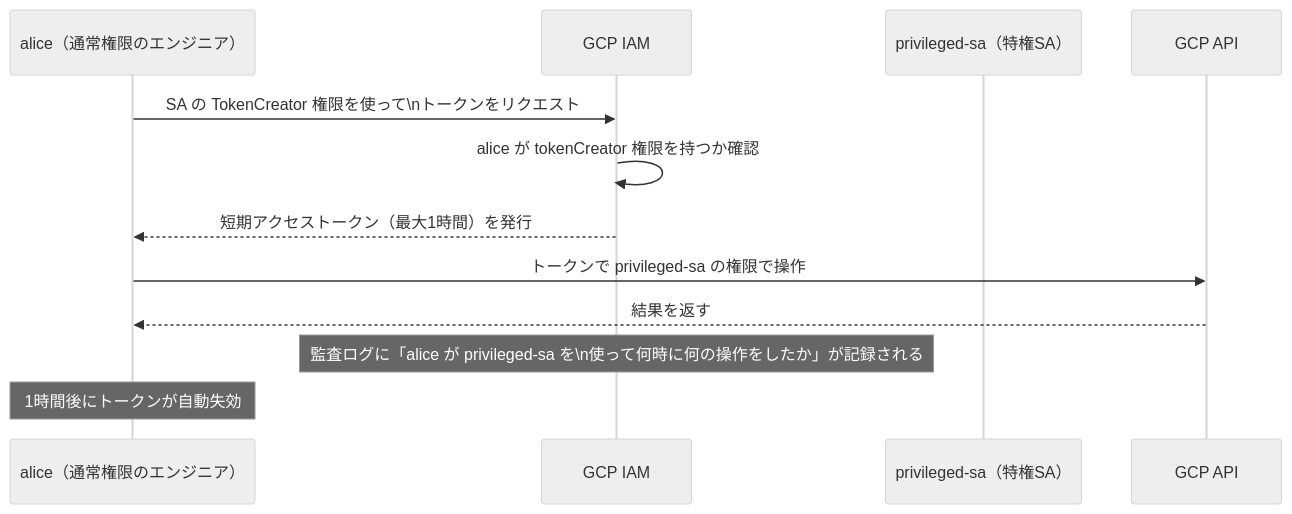
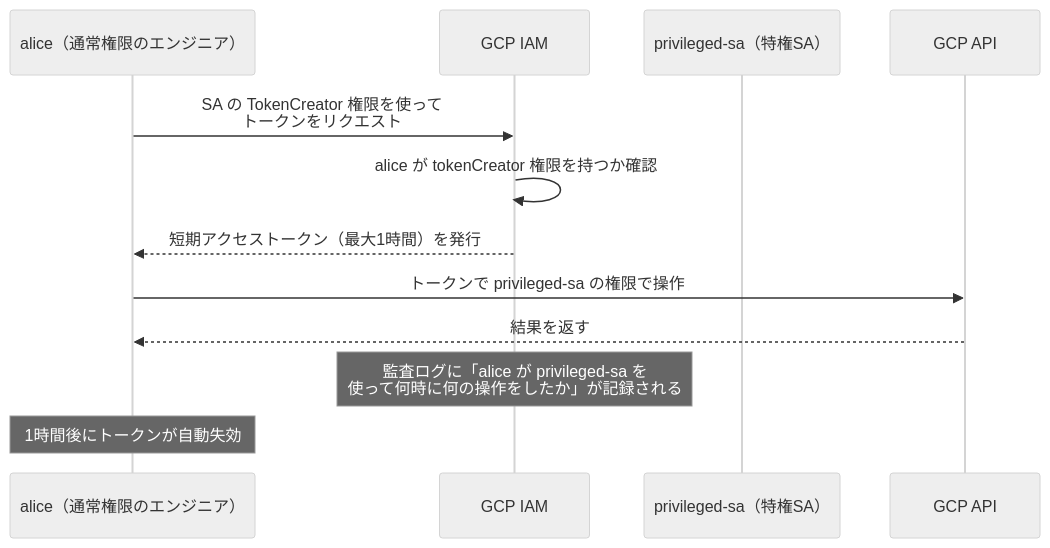
One commit to myoshi2891/Cloud-Infrastructure-Studies changed the tenth of 14 diagrams in Gcp-ace-section4-complete-guide.md. Above: the diagram before and after it, drawn with Mermaid (neutral theme). The commit also changed 2 other files, not shown here.

Commit message:
docs(gcl): improve layout and fix mermaid diagram rendering in ACE section 4 guide

````diff
--- a/Gcp-ace-section4-complete-guide.md
+++ b/Gcp-ace-section4-complete-guide.md
@@ -779,15 +779,15 @@
 ```mermaid
 sequenceDiagram
     participant A as alice（通常権限のエンジニア）
     participant IAM as GCP IAM
     participant PSA as privileged-sa（特権SA）
     participant API as GCP API
 
-    A->>IAM: SA の TokenCreator 権限を使って\nトークンをリクエスト
+    A->>IAM: SA の TokenCreator 権限を使って<br/>トークンをリクエスト
     IAM->>IAM: alice が tokenCreator 権限を持つか確認
     IAM-->>A: 短期アクセストークン（最大1時間）を発行
     A->>API: トークンで privileged-sa の権限で操作
     API-->>A: 結果を返す
-    Note over IAM: 監査ログに「alice が privileged-sa を\n使って何時に何の操作をしたか」が記録される
+    Note over IAM: 監査ログに「alice が privileged-sa を<br/>使って何時に何の操作をしたか」が記録される
     Note over A: 1時間後にトークンが自動失効
 ```
````
